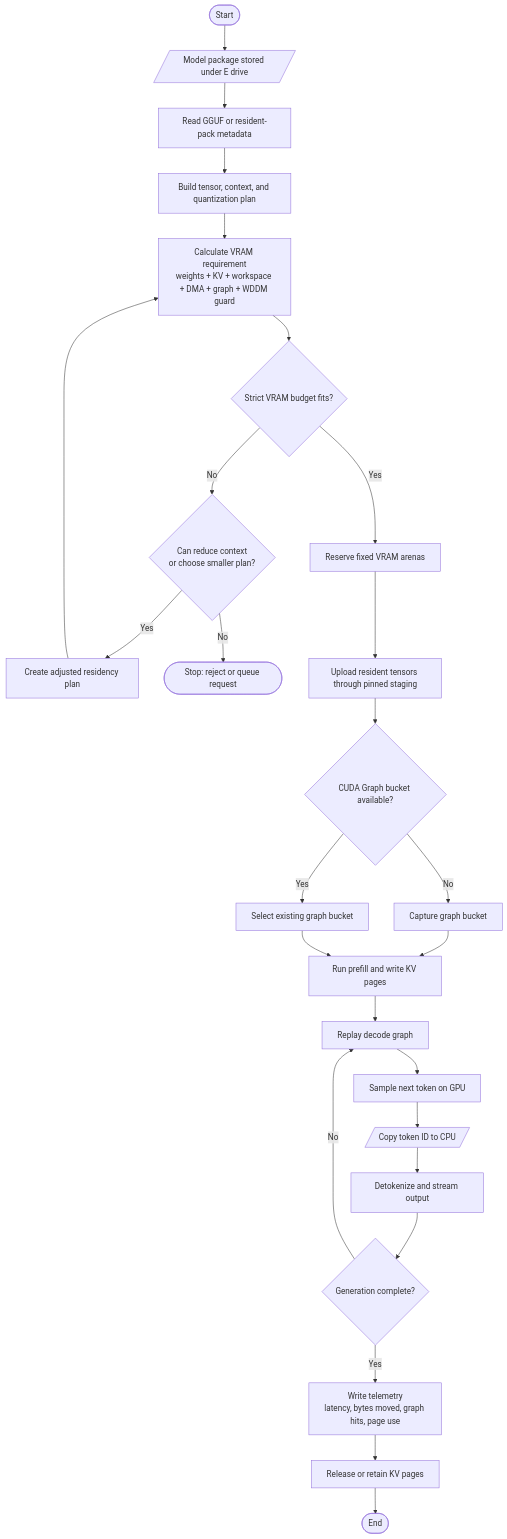
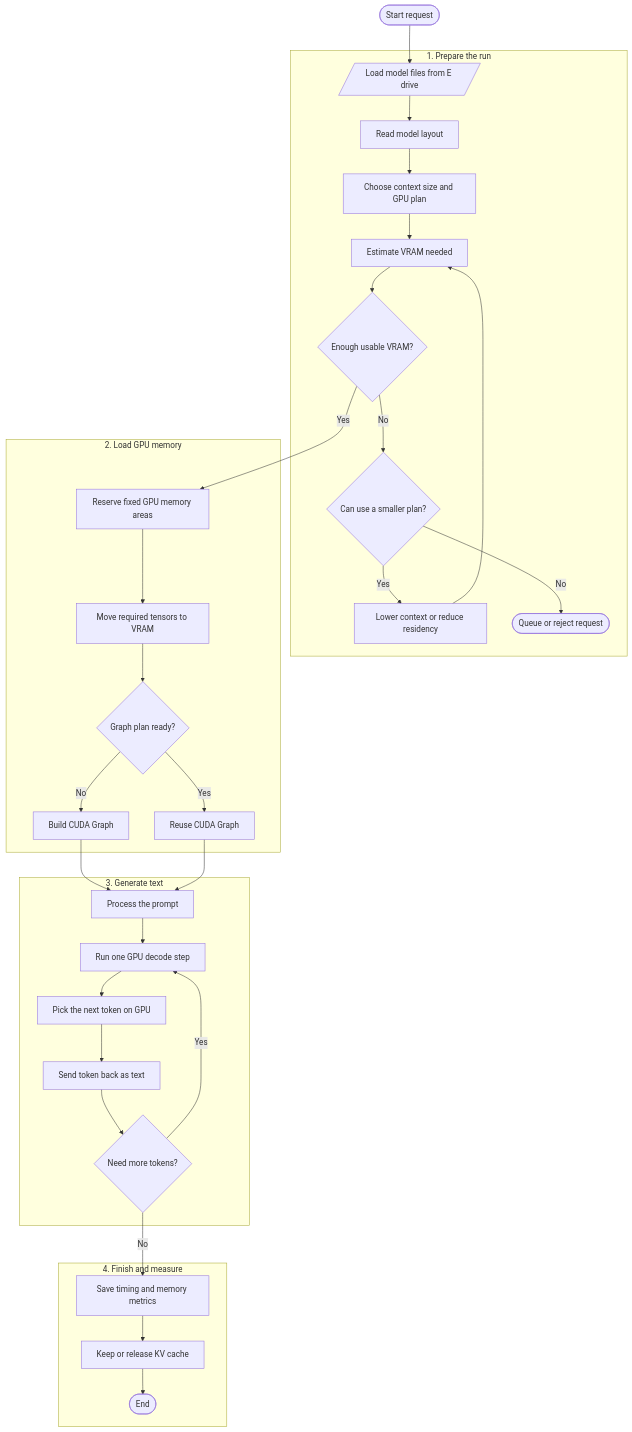
One commit to MKKSANDI/local-ai-gpu-acceleration changed the diagram in README.md. Above: the diagram before and after it, drawn with Mermaid. The commit also changed other lines of this file, not shown here.

Commit message:
Simplify README flowchart

````diff
--- a/README.md
+++ b/README.md
@@ -7,38 +7,49 @@
 ```mermaid
 flowchart TD
-    Start([Start])
-    Model[/"Model package stored under E drive"/]
-    Metadata["Read GGUF or resident-pack metadata"]
-    Plan["Build tensor, context, and quantization plan"]
-    Estimate["Calculate VRAM requirement<br/>weights + KV + workspace + DMA + graph + WDDM guard"]
-    Fit{"Strict VRAM budget fits?"}
-    Alternative{"Can reduce context<br/>or choose smaller plan?"}
-    Replan["Create adjusted residency plan"]
-    Reject([Stop: reject or queue request])
-    Reserve["Reserve fixed VRAM arenas"]
-    Upload["Upload resident tensors through pinned staging"]
-    Bucket{"CUDA Graph bucket available?"}
-    Capture["Capture graph bucket"]
-    Select["Select existing graph bucket"]
-    Prefill["Run prefill and write KV pages"]
-    Decode["Replay decode graph"]
-    Sample["Sample next token on GPU"]
-    Copy[/"Copy token ID to CPU"/]
-    Stream["Detokenize and stream output"]
-    Done{"Generation complete?"}
-    Telemetry["Write telemetry<br/>latency, bytes moved, graph hits, page use"]
-    Cleanup["Release or retain KV pages"]
-    End([End])
+    Start([Start request])
 
-    Start --> Model --> Metadata --> Plan --> Estimate --> Fit
-    Fit -- "Yes" --> Reserve
-    Fit -- "No" --> Alternative
-    Alternative -- "Yes" --> Replan --> Estimate
-    Alternative -- "No" --> Reject
-    Reserve --> Upload --> Bucket
-    Bucket -- "No" --> Capture --> Prefill
-    Bucket -- "Yes" --> Select --> Prefill
-    Prefill --> Decode --> Sample --> Copy --> Stream --> Done
-    Done -- "No" --> Decode
-    Done -- "Yes" --> Telemetry --> Cleanup --> End
+    subgraph Prepare["1. Prepare the run"]
+        Model[/"Load model files from E drive"/]
+        ReadInfo["Read model layout"]
+        Plan["Choose context size and GPU plan"]
+        Estimate["Estimate VRAM needed"]
+        Fits{"Enough usable VRAM?"}
+        Smaller{"Can use a smaller plan?"}
+        Replan["Lower context or reduce residency"]
+        Queue([Queue or reject request])
+    end
+
+    subgraph LoadGpu["2. Load GPU memory"]
+        Reserve["Reserve fixed GPU memory areas"]
+        Upload["Move required tensors to VRAM"]
+        GraphReady{"Graph plan ready?"}
+        BuildGraph["Build CUDA Graph"]
+        ReuseGraph["Reuse CUDA Graph"]
+    end
+
+    subgraph Generate["3. Generate text"]
+        Prefill["Process the prompt"]
+        Decode["Run one GPU decode step"]
+        Sample["Pick the next token on GPU"]
+        Stream["Send token back as text"]
+        More{"Need more tokens?"}
+    end
+
+    subgraph Finish["4. Finish and measure"]
+        Metrics["Save timing and memory metrics"]
+        Cache["Keep or release KV cache"]
+        End([End])
+    end
+
+    Start --> Model --> ReadInfo --> Plan --> Estimate --> Fits
+    Fits -- "Yes" --> Reserve
+    Fits -- "No" --> Smaller
+    Smaller -- "Yes" --> Replan --> Estimate
+    Smaller -- "No" --> Queue
+    Reserve --> Upload --> GraphReady
+    GraphReady -- "No" --> BuildGraph --> Prefill
+    GraphReady -- "Yes" --> ReuseGraph --> Prefill
+    Prefill --> Decode --> Sample --> Stream --> More
+    More -- "Yes" --> Decode
+    More -- "No" --> Metrics --> Cache --> End
 ```
````
